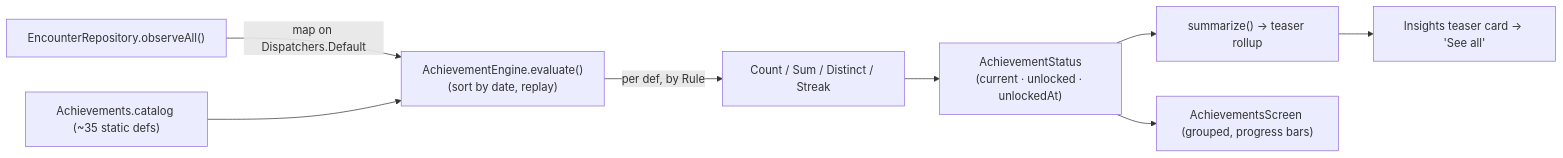
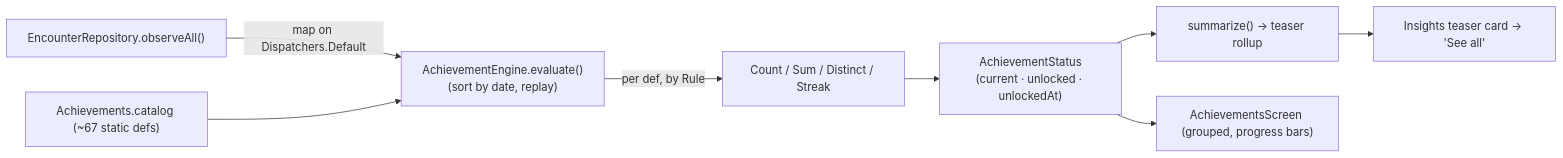
One commit to herbiewalker/tryst changed the ninth of 9 diagrams in docs/FLOWCHARTS.md. Above: the diagram before and after it, drawn with Mermaid. The commit also changed other lines of this file and 10 other files, not shown here.

First line of the commit message:
docs: modernize docs/ for v0.3.0 / schema v10 (DOC-2)

````diff
--- a/docs/FLOWCHARTS.md
+++ b/docs/FLOWCHARTS.md
@@ -208,10 +209,10 @@
 ```mermaid
 flowchart LR
     LOG["EncounterRepository.observeAll()"] -->|"map on Dispatchers.Default"| EV["AchievementEngine.evaluate()<br/>(sort by date, replay)"]
-    CAT["Achievements.catalog (~35 static defs)"] --> EV
+    CAT["Achievements.catalog (~67 static defs)"] --> EV
     EV -->|"per def, by Rule"| RULES["Count / Sum / Distinct / Streak"]
     RULES --> ST["AchievementStatus<br/>(current · unlocked · unlockedAt)"]
     ST --> SUM["summarize() → teaser rollup"]
     ST --> SCREEN["AchievementsScreen (grouped, progress bars)"]
     SUM --> TEASER["Insights teaser card → 'See all'"]
 ```
````
